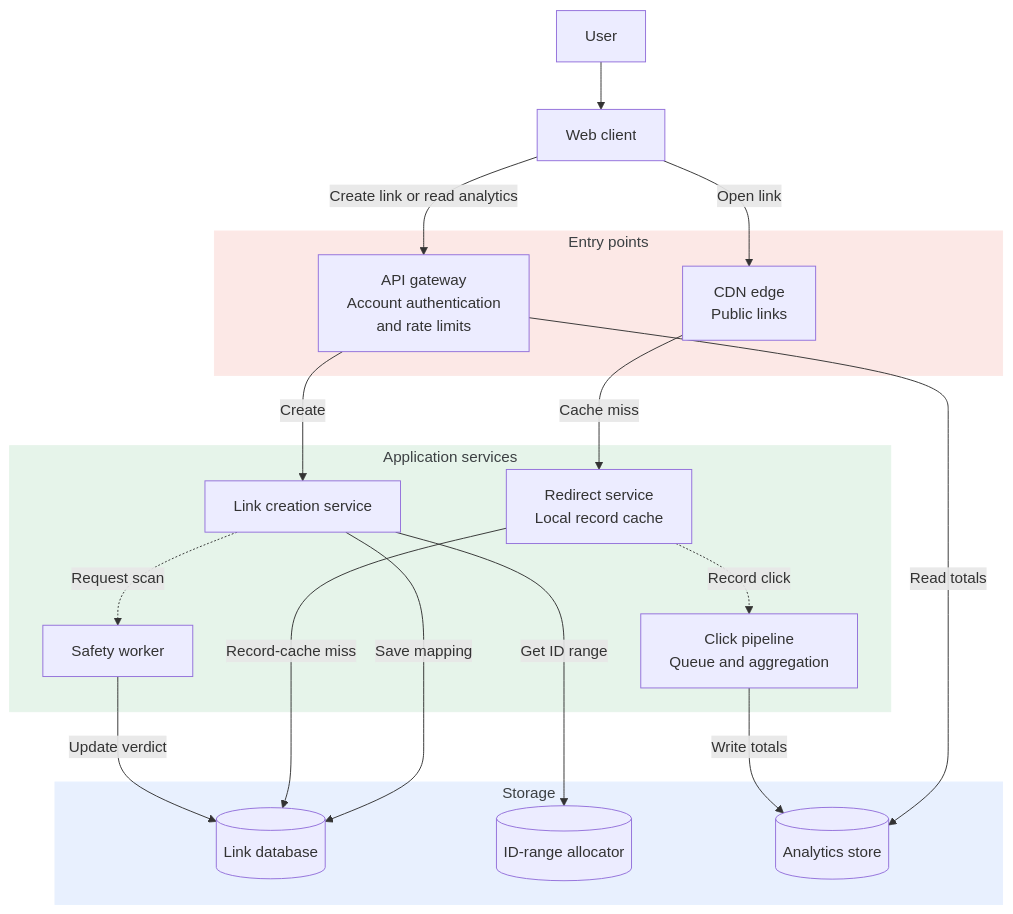
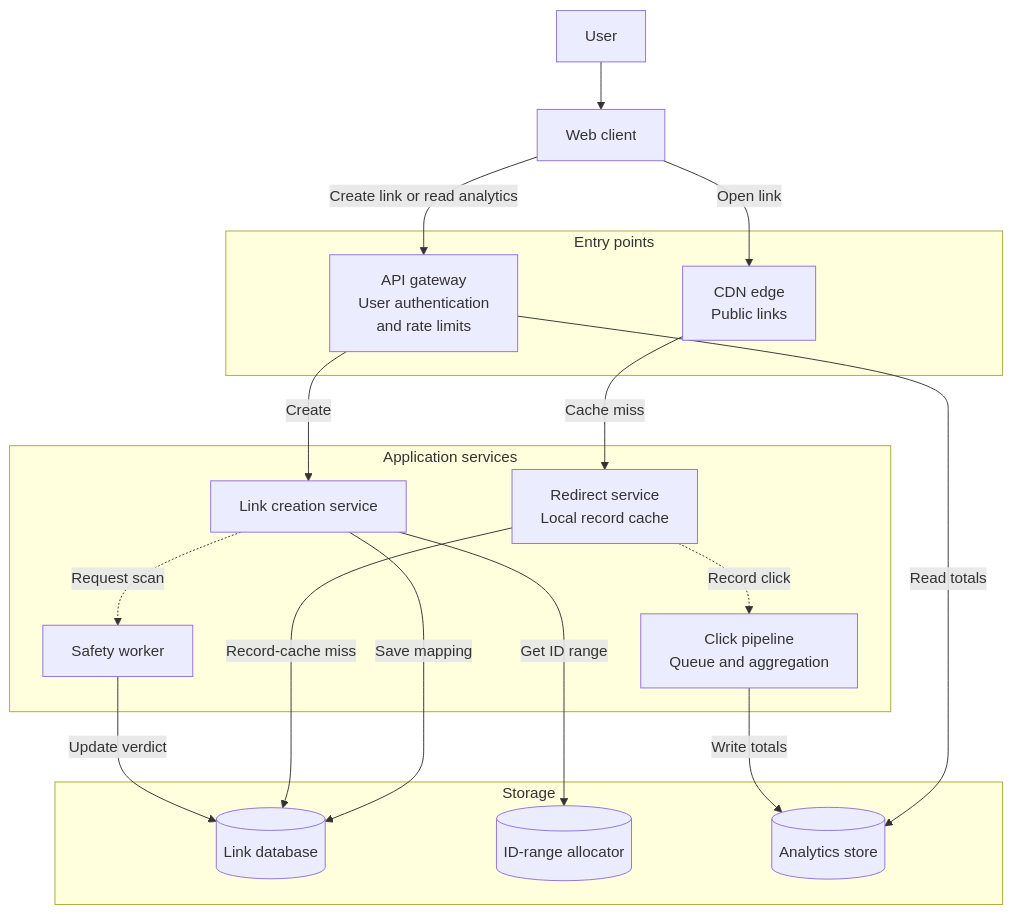
Before and after one commit to iliazlobin/iliazlobin.github.io: the first of 6 diagrams in _designs/system-design-bitly-url-shortener.md, drawn with Mermaid. The commit also changed other lines of this file and 95 other files, not shown here.

````diff
--- a/_designs/system-design-bitly-url-shortener.md
+++ b/_designs/system-design-bitly-url-shortener.md
@@ -159,36 +169,31 @@
 ```mermaid
 flowchart TB
-    accTitle: Bitly high-level design
-    accDescr: Public redirects and authenticated creation have separate entry points, with link storage, ID allocation and background safety and click processing.
     User["User"] --> Web["Web client"]
     subgraph Entry["Entry points"]
         CDN["CDN edge<br>Public links"]
-        API["API gateway<br>Account authentication<br>and rate limits"]
+        API["API gateway<br>User authentication<br>and rate limits"]
     end
     subgraph Services["Application services"]
         Shorten["Link creation service"]
         Redirect["Redirect service<br>Local record cache"]
         Safety["Safety worker"]
         Clicks["Click pipeline<br>Queue and aggregation"]
     end
     subgraph Data["Storage"]
         Links[("Link database")]
         Allocator[("ID-range allocator")]
         Rollups[("Analytics store")]
     end
     Web -->|Open link| CDN
     Web -->|Create link or read analytics| API
     CDN -->|Cache miss| Redirect
     API -->|Create| Shorten
     API -->|Read totals| Rollups
     Shorten -->|Get ID range| Allocator
     Shorten -->|Save mapping| Links
     Shorten -.->|Request scan| Safety
     Redirect -->|Record-cache miss| Links
     Redirect -.->|Record click| Clicks
     Clicks -->|Write totals| Rollups
     Safety -->|Update verdict| Links
-    style Entry fill:#fce8e6,stroke:#fce8e6,color:#3c4043
-    style Services fill:#e6f4ea,stroke:#e6f4ea,color:#3c4043
-    style Data fill:#e8f0fe,stroke:#e8f0fe,color:#3c4043
 ```
````
